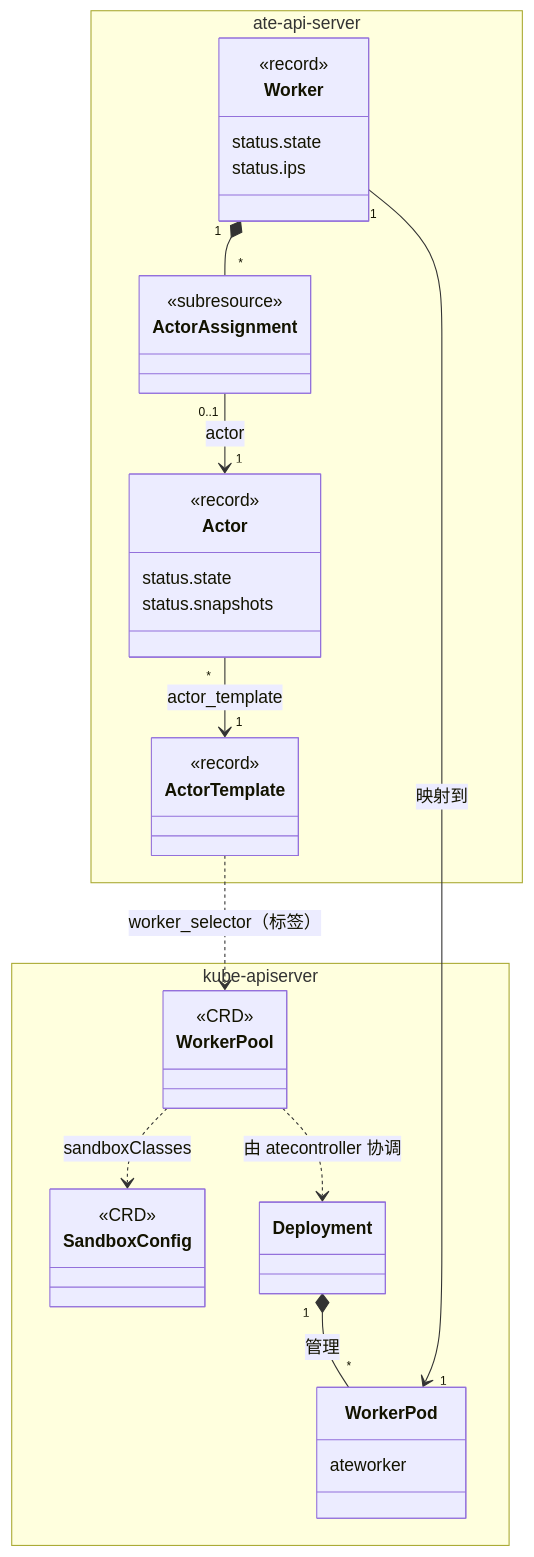
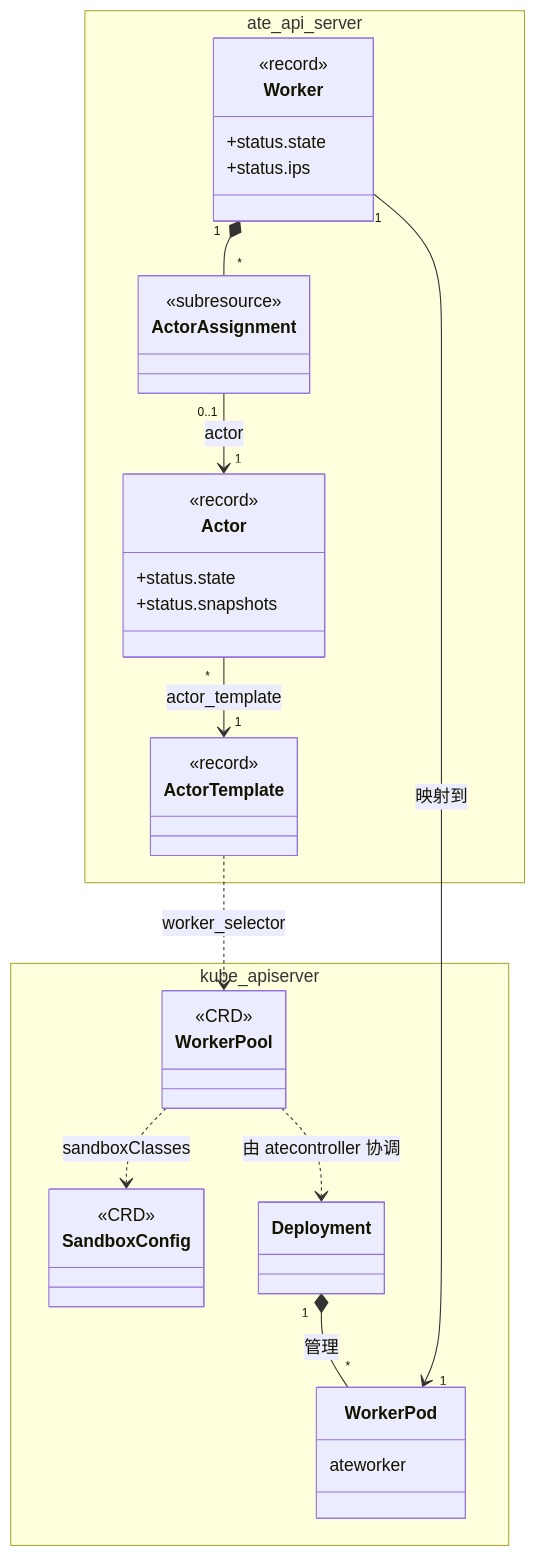
The first of 11 diagrams in content/substrate/substrate.md (chirpyli/sandbox), drawn with Mermaid before and after one commit. The commit also changed 1 other file, not shown here.

Commit message:
fix mermaid class diagram and pin version

````diff
--- a/content/substrate/substrate.md
+++ b/content/substrate/substrate.md
@@ -144,43 +144,43 @@
 ```mermaid
 classDiagram
-    namespace kube-apiserver {
+    namespace kube_apiserver {
         class WorkerPool {
             <<CRD>>
         }
         class SandboxConfig {
             <<CRD>>
         }
         class Deployment
         class WorkerPod {
             ateworker
         }
     }
 
-    namespace ate-api-server {
+    namespace ate_api_server {
         class ActorTemplate {
             <<record>>
         }
         class Actor {
             <<record>>
-            status.state
-            status.snapshots
+            +status.state
+            +status.snapshots
         }
         class Worker {
             <<record>>
-            status.state
-            status.ips
+            +status.state
+            +status.ips
         }
         class ActorAssignment {
             <<subresource>>
         }
     }
 
-    ActorTemplate ..> WorkerPool : worker_selector（标签）
+    ActorTemplate ..> WorkerPool : worker_selector
     WorkerPool ..> SandboxConfig : sandboxClasses
     WorkerPool ..> Deployment : 由 atecontroller 协调
     Deployment "1" *-- "*" WorkerPod : 管理
     Actor "*" --> "1" ActorTemplate : actor_template
     Worker "1" *-- "*" ActorAssignment
     ActorAssignment "0..1" --> "1" Actor : actor
     Worker "1" --> "1" WorkerPod : 映射到
 ```
````
